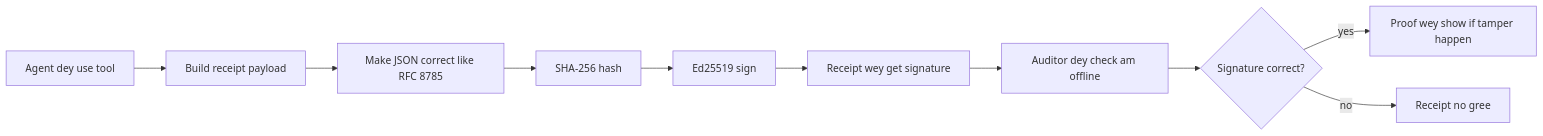
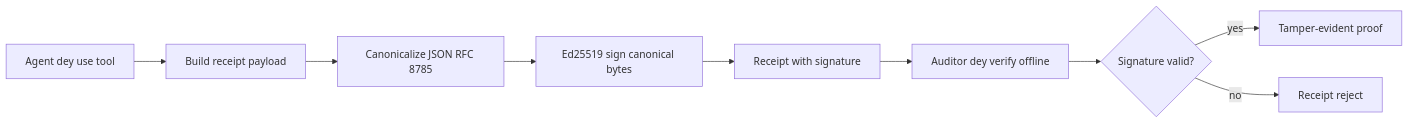
Before and after one commit to microsoft/ai-agents-for-beginners: the first of 2 diagrams in translations/pcm/18-securing-ai-agents/README.md, drawn with Mermaid. The commit also changed other lines of this file and 46 other files, not shown here.

````diff
--- a/translations/pcm/18-securing-ai-agents/README.md
+++ b/translations/pcm/18-securing-ai-agents/README.md
@@ -51,12 +51,11 @@
 ```mermaid
 flowchart LR
     A[Agent dey use tool] --> B[Build receipt payload]
-    B --> C[Make JSON correct like RFC 8785]
-    C --> D[SHA-256 hash]
-    D --> E[Ed25519 sign]
-    E --> F[Receipt wey get signature]
-    F --> G[Auditor dey check am offline]
-    G --> H{Signature correct?}
-    H -- yes --> I[Proof wey show if tamper happen]
-    H -- no --> J[Receipt no gree]
+    B --> C[Canonicalize JSON RFC 8785]
+    C --> E[Ed25519 sign canonical bytes]
+    E --> F[Receipt with signature]
+    F --> G[Auditor dey verify offline]
+    G --> H{Signature valid?}
+    H -- yes --> I[Tamper-evident proof]
+    H -- no --> J[Receipt reject]
 ```
````
